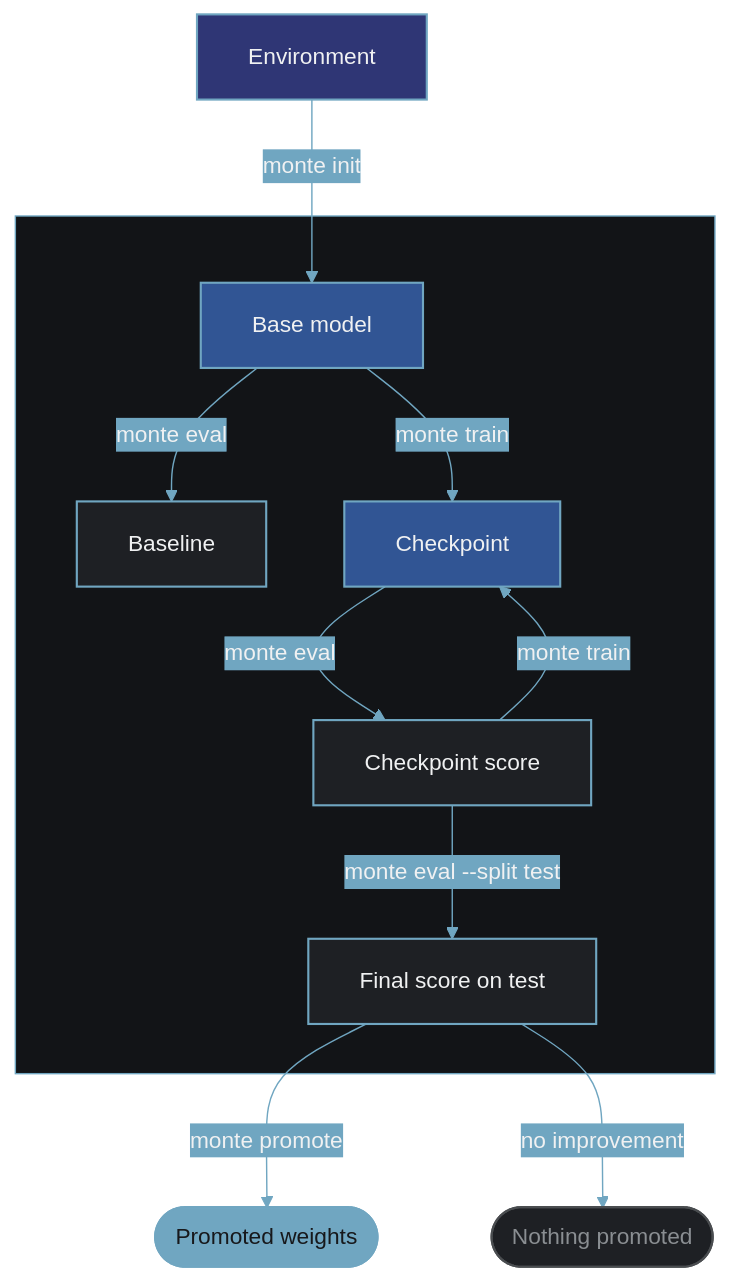
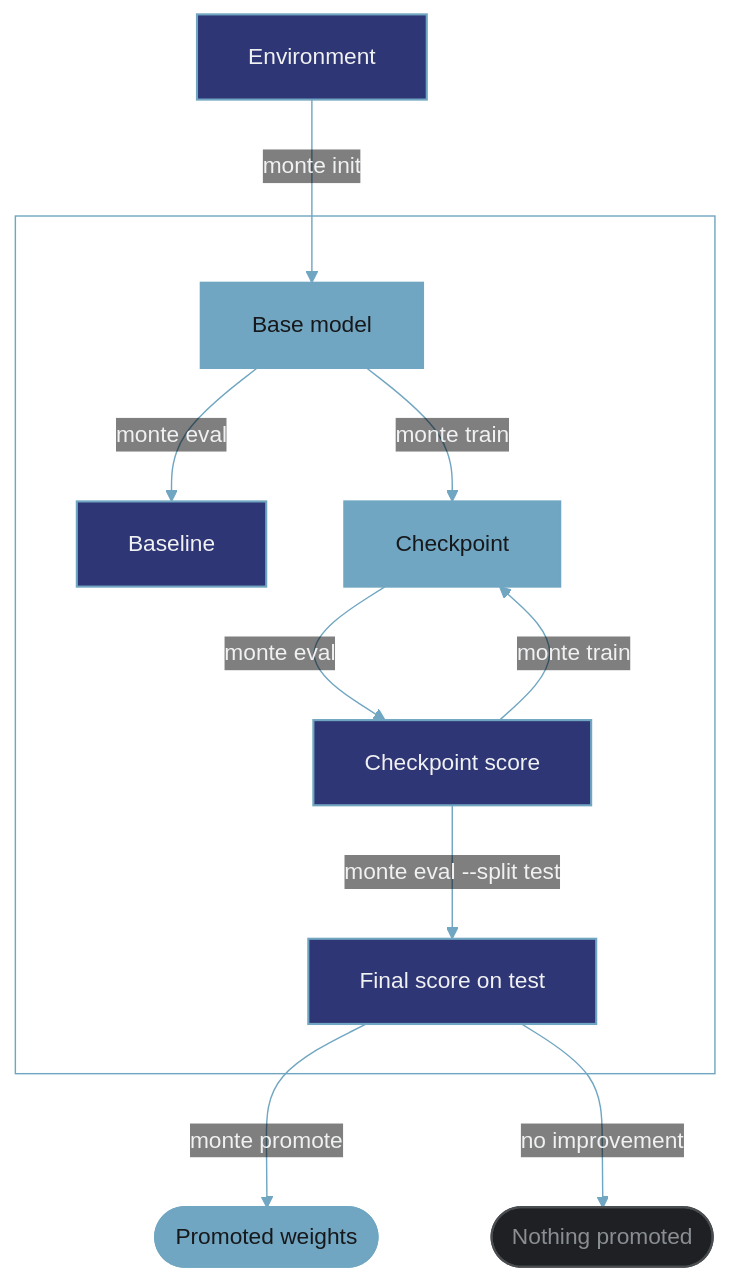
Before and after one commit to Monte-Inc/internal-monte-platform-docs: the diagram in index.mdx, drawn with Mermaid.

Commit message:
Updated mintlify pages
- Updated index.mdx

Mintlify-Source: dashboard-editor

````diff
--- a/index.mdx
+++ b/index.mdx
@@ -30,29 +30,29 @@
 ```mermaid actions={false}
-%%{init: {'theme': 'base', 'themeVariables': {'primaryColor': '#1E2024', 'primaryTextColor': '#F0F1F2', 'primaryBorderColor': '#70A6C1', 'lineColor': '#70A6C1', 'textColor': '#F0F1F2', 'clusterBkg': '#121417', 'clusterBorder': '#70A6C1', 'edgeLabelBackground': '#70A6C1', 'tertiaryColor': '#1E2024', 'tertiaryTextColor': '#F0F1F2', 'tertiaryBorderColor': '#70A6C1'}, 'flowchart': {'subGraphTitleMargin': {'top': 0, 'bottom': 12}, 'rankSpacing': 70, 'nodeSpacing': 55, 'padding': 18}}}%%
+%%{init: {'theme': 'base', 'themeVariables': {'primaryColor': '#315594', 'primaryTextColor': '#F0F1F2', 'primaryBorderColor': '#315594', 'lineColor': '#70A6C1', 'textColor': '#F0F1F2', 'clusterBkg': 'transparent', 'clusterBorder': '#70A6C1', 'edgeLabelBackground': 'transparent', 'tertiaryColor': '#315594', 'tertiaryTextColor': '#F0F1F2', 'tertiaryBorderColor': '#315594'}, 'flowchart': {'subGraphTitleMargin': {'top': 0, 'bottom': 12}, 'rankSpacing': 70, 'nodeSpacing': 55, 'padding': 18}}}%%
 flowchart TD
     ENV["Environment"]:::entry
 
     subgraph M[" "]
         BM["Base model"]:::model
         BASE["Baseline"]:::score
         CP["Checkpoint"]:::model
         SCORE["Checkpoint score"]:::score
         FINAL["Final score on test"]:::score
 
-        BM -->|" monte eval "| BASE
-        BM -->|" monte train "| CP
-        CP -->|" monte eval "| SCORE
-        SCORE -->|" monte train "| CP
-        SCORE -->|" monte eval --split test "| FINAL
+        BM -->|"monte eval"| BASE
+        BM -->|"monte train"| CP
+        CP -->|"monte eval"| SCORE
+        SCORE -->|"monte train"| CP
+        SCORE -->|"monte eval --split test"| FINAL
     end
 
-    ENV -->|" monte init "| BM
-    FINAL -->|" monte promote "| PROM(["Promoted weights"]):::promoted
-    FINAL -->|" no improvement "| NONE(["Nothing promoted"]):::none
+    ENV -->|"monte init"| BM
+    FINAL -->|"monte promote"| PROM(["Promoted weights"]):::promoted
+    FINAL -->|"no improvement"| NONE(["Nothing promoted"]):::none
 
     classDef entry fill:#2F3675,stroke:#70A6C1,stroke-width:1.5px,color:#F0F1F2;
-    classDef model fill:#315594,stroke:#70A6C1,stroke-width:1.5px,color:#F0F1F2;
-    classDef score fill:#1E2024,stroke:#70A6C1,stroke-width:1.5px,color:#F0F1F2;
+    classDef model fill:#70A6C1,stroke:#70A6C1,stroke-width:1.5px,color:#17181B;
+    classDef score fill:#2F3675,stroke:#70A6C1,stroke-width:1.5px,color:#F0F1F2;
     classDef promoted fill:#70A6C1,stroke:#70A6C1,stroke-width:1.5px,color:#17181B;
     classDef none fill:#1E2024,stroke:#4A4D50,stroke-width:1.5px,color:#8A8E92;
 ```
````
